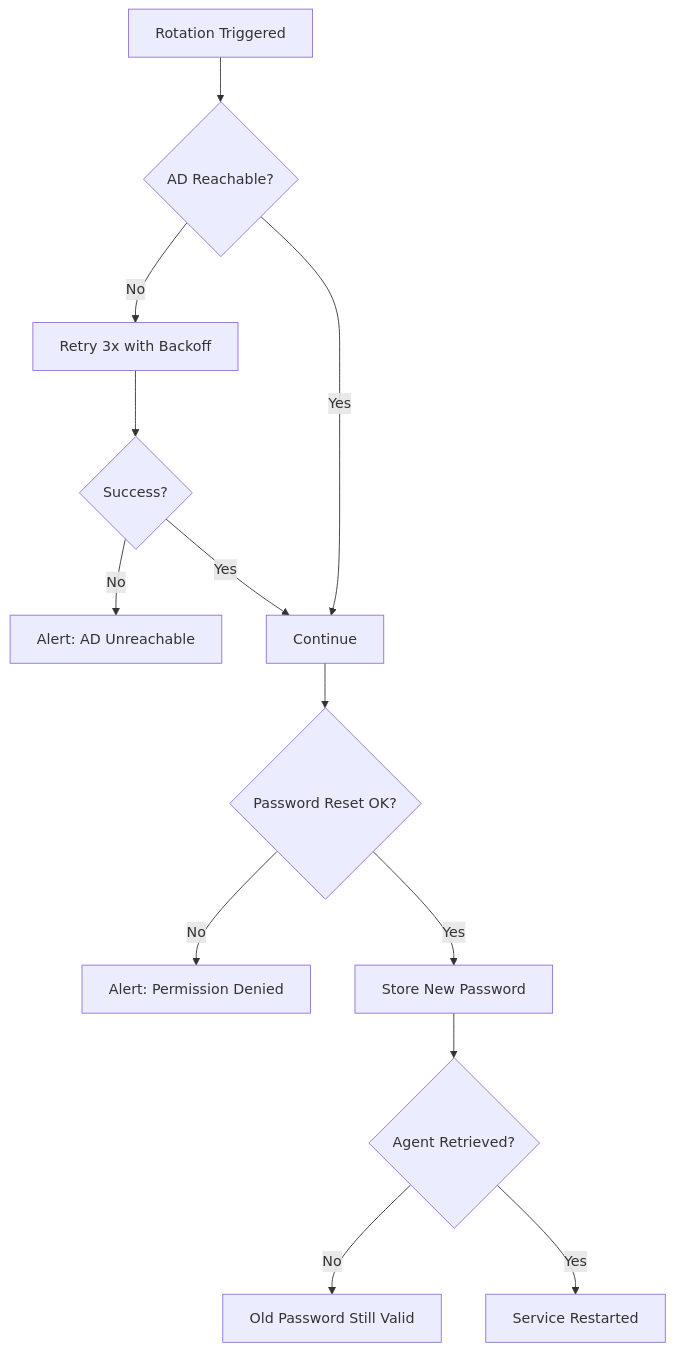
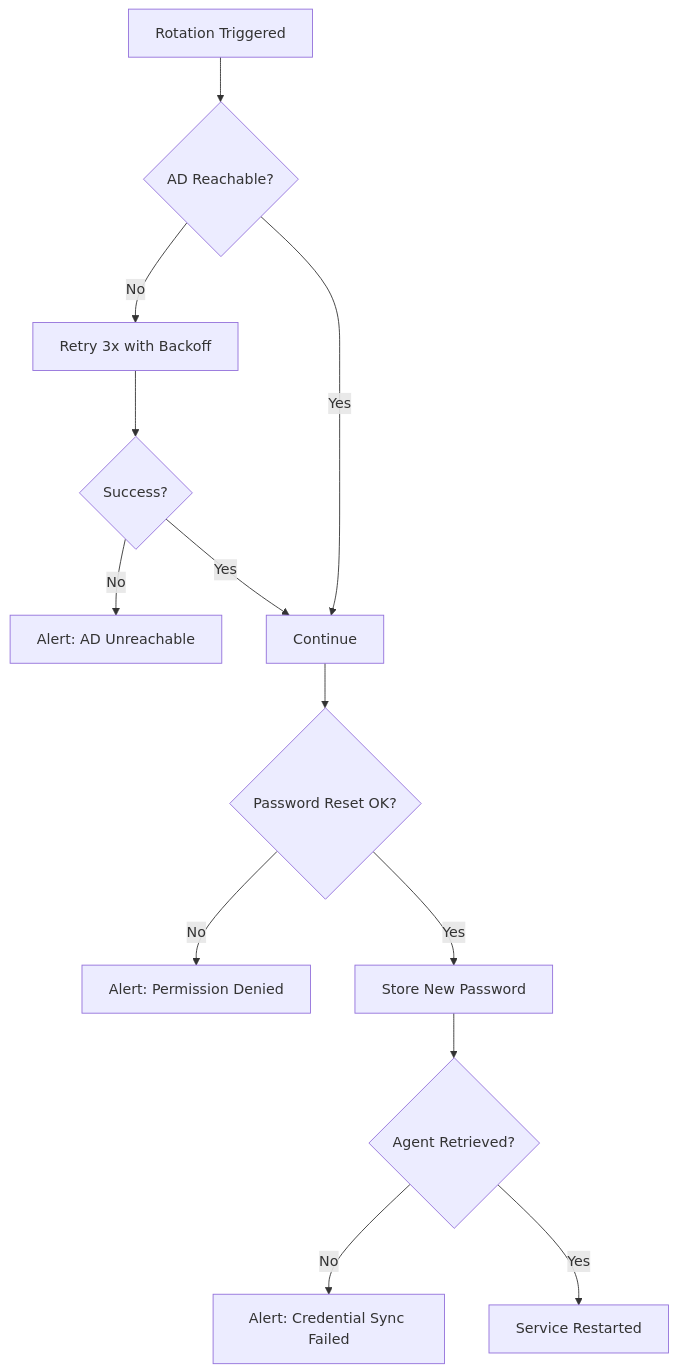
One commit to davidvupham/dbtools changed the third of 3 diagrams in docs/projects/ad-password-rotation/design/design.md. Above: the diagram before and after it, drawn with Mermaid. The commit also changed other lines of this file and 14 other files, not shown here.

````diff
--- a/docs/projects/ad-password-rotation/design/design.md
+++ b/docs/projects/ad-password-rotation/design/design.md
@@ -67,15 +73,15 @@
 ```mermaid
 flowchart TD
     A[Rotation Triggered] --> B{AD Reachable?}
     B -->|No| C[Retry 3x with Backoff]
     C --> D{Success?}
     D -->|No| E[Alert: AD Unreachable]
     D -->|Yes| F[Continue]
     B -->|Yes| F
     F --> G{Password Reset OK?}
     G -->|No| H[Alert: Permission Denied]
     G -->|Yes| I[Store New Password]
     I --> J{Agent Retrieved?}
-    J -->|No| K[Old Password Still Valid]
+    J -->|No| K[Alert: Credential Sync Failed]
     J -->|Yes| L[Service Restarted]
 ```
````
